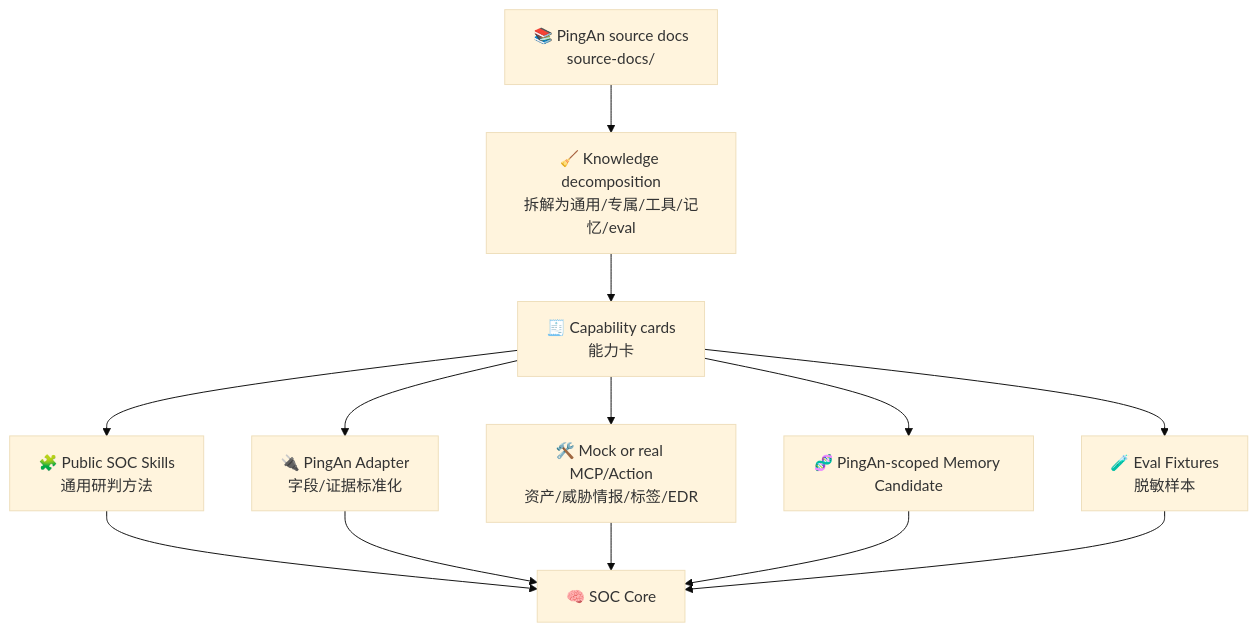
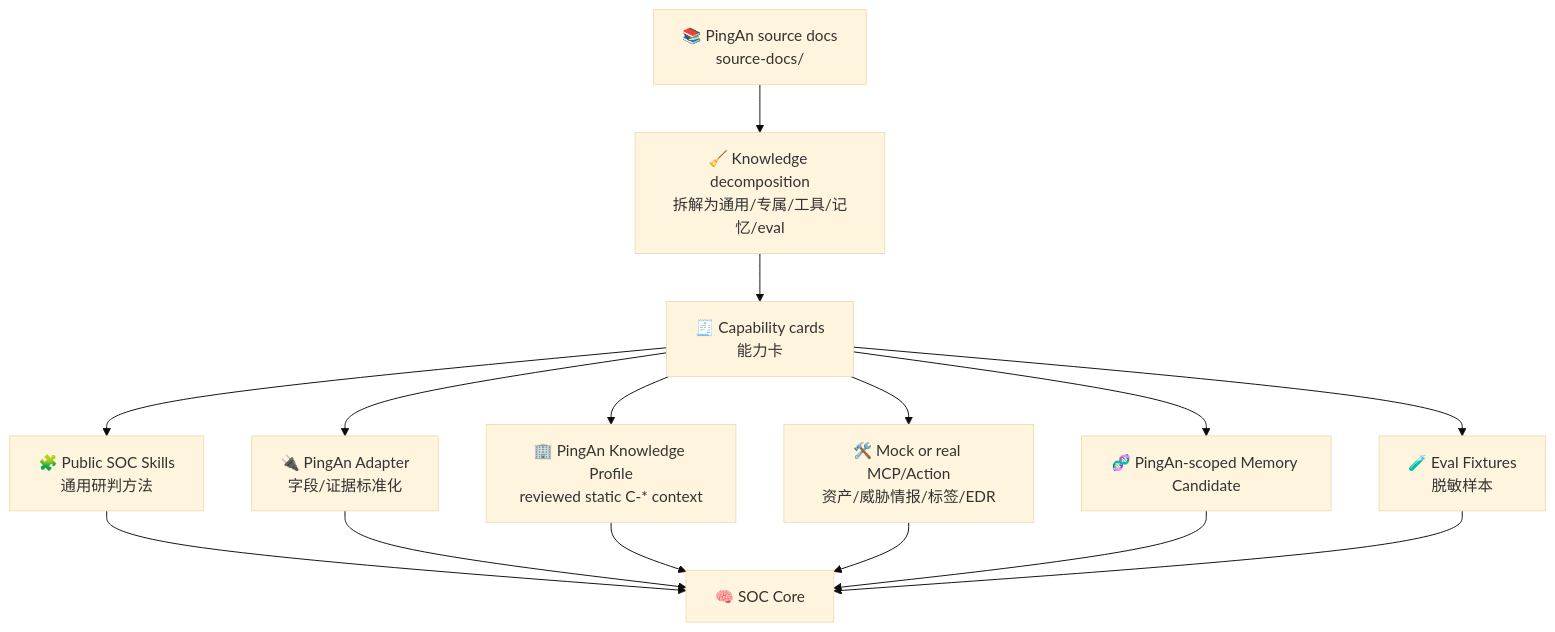
One commit to yydspanda/deer-flow changed diagram 16 of 16 in .notes/ai_soc/soc-agent-solution.md. Above: the diagram before and after it, drawn with Mermaid (base theme). The commit also changed other lines of this file and 55 other files, not shown here.

````diff
--- a/.notes/ai_soc/soc-agent-solution.md
+++ b/.notes/ai_soc/soc-agent-solution.md
@@ -1655,15 +1687,17 @@
 ```mermaid
 flowchart TB
     DOCS["📚 PingAn source docs<br/>source-docs/"] --> DECOMP["🧹 Knowledge decomposition<br/>拆解为通用/专属/工具/记忆/eval"]
     DECOMP --> CARD["🧾 Capability cards<br/>能力卡"]
     CARD --> SKILL["🧩 Public SOC Skills<br/>通用研判方法"]
     CARD --> ADAPTER["🔌 PingAn Adapter<br/>字段/证据标准化"]
+    CARD --> KNOWLEDGE["🏢 PingAn Knowledge Profile<br/>reviewed static C-* context"]
     CARD --> MCP["🛠️ Mock or real MCP/Action<br/>资产/威胁情报/标签/EDR"]
     CARD --> MEMORY["🧬 PingAn-scoped Memory Candidate"]
     CARD --> EVAL["🧪 Eval Fixtures<br/>脱敏样本"]
     SKILL --> CORE["🧠 SOC Core"]
     ADAPTER --> CORE
+    KNOWLEDGE --> CORE
     MCP --> CORE
     MEMORY --> CORE
     EVAL --> CORE
 ```
````
